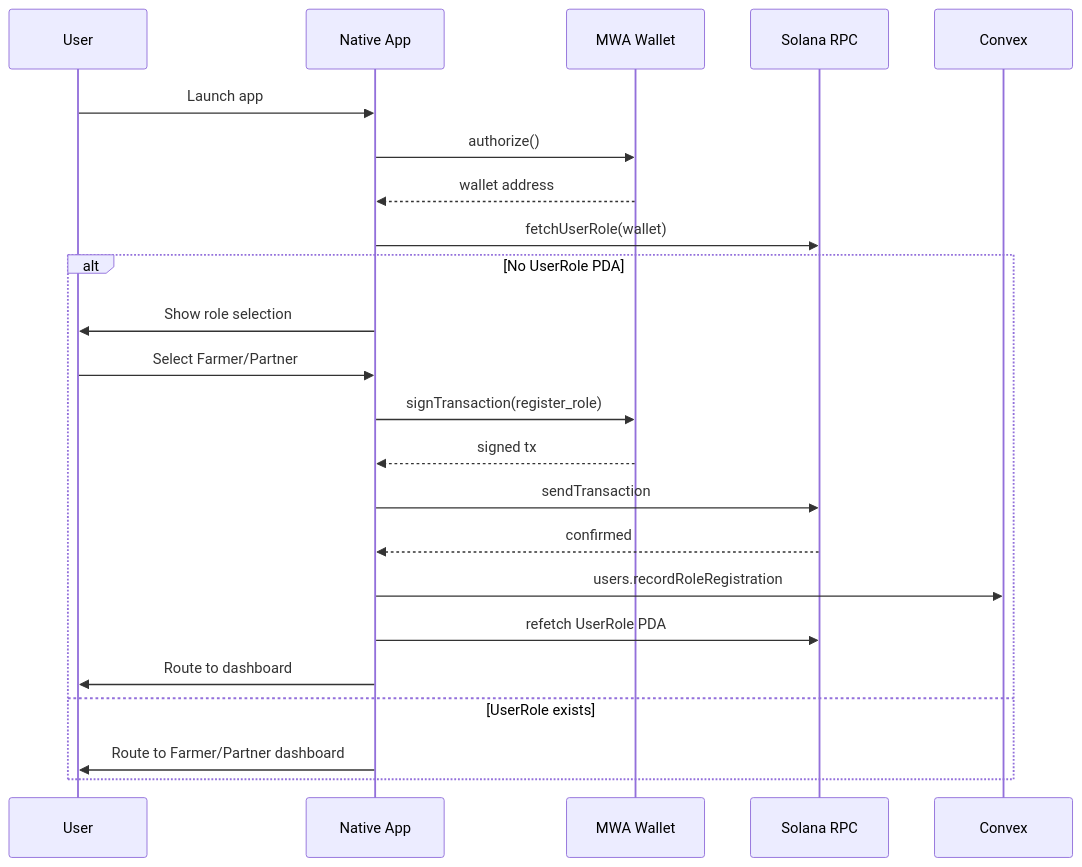
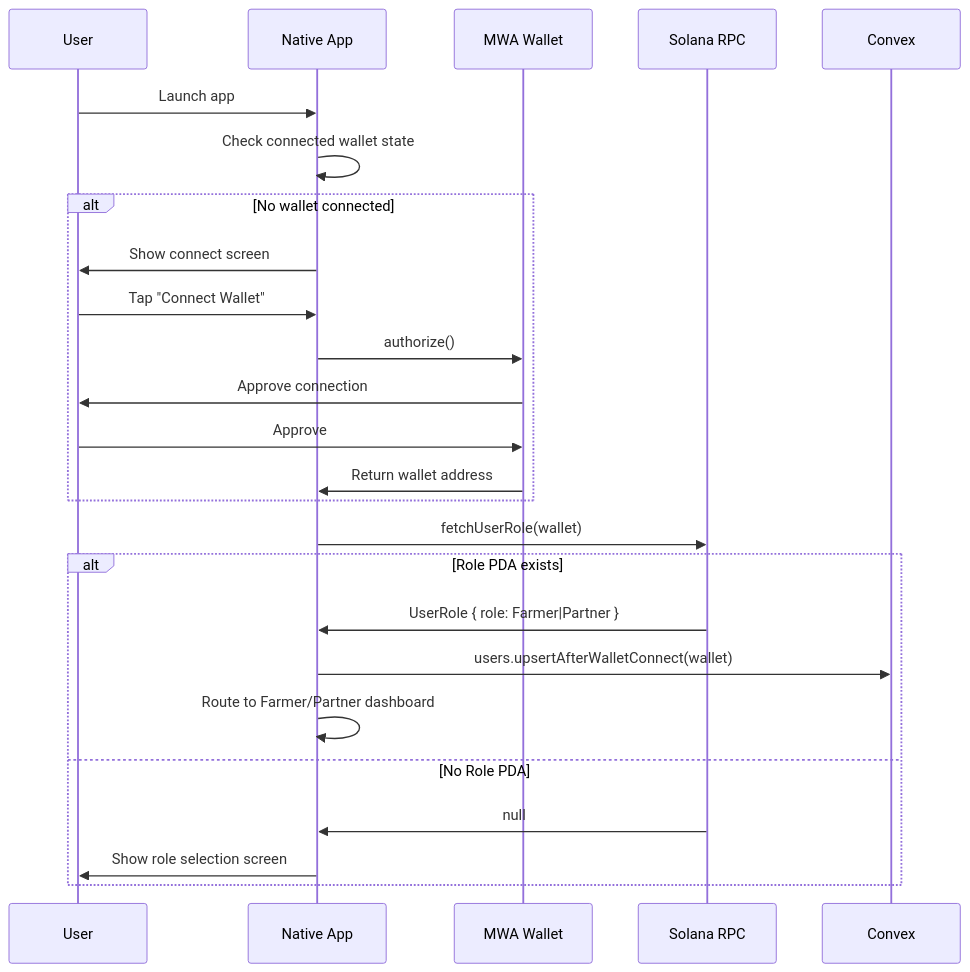
The second of 8 diagrams in .kiro/specs/solana-mobile-app/design.md (Experenta/hackathon-miami-harvverse-sol), drawn with Mermaid before and after one commit. The commit also changed other lines of this file and 29 other files, not shown here.

````diff
--- a/.kiro/specs/solana-mobile-app/design.md
+++ b/.kiro/specs/solana-mobile-app/design.md
@@ -55,26 +48,28 @@
 ```mermaid
 sequenceDiagram
     participant User
     participant App as Native App
     participant MWA as MWA Wallet
     participant RPC as Solana RPC
     participant Convex
 
     User->>App: Launch app
-    App->>MWA: authorize()
-    MWA-->>App: wallet address
+    App->>App: Check connected wallet state
+    alt No wallet connected
+        App->>User: Show connect screen
+        User->>App: Tap "Connect Wallet"
+        App->>MWA: authorize()
+        MWA->>User: Approve connection
+        User->>MWA: Approve
+        MWA->>App: Return wallet address
+    end
     App->>RPC: fetchUserRole(wallet)
-    alt No UserRole PDA
-        App->>User: Show role selection
-        User->>App: Select Farmer/Partner
-        App->>MWA: signTransaction(register_role)
-        MWA-->>App: signed tx
-        App->>RPC: sendTransaction
-        RPC-->>App: confirmed
-        App->>Convex: users.recordRoleRegistration
-        App->>RPC: refetch UserRole PDA
-        App->>User: Route to dashboard
-    else UserRole exists
-        App->>User: Route to Farmer/Partner dashboard
+    alt Role PDA exists
+        RPC->>App: UserRole { role: Farmer|Partner }
+        App->>Convex: users.upsertAfterWalletConnect(wallet)
+        App->>App: Route to Farmer/Partner dashboard
+    else No Role PDA
+        RPC->>App: null
+        App->>User: Show role selection screen
     end
 ```
````
